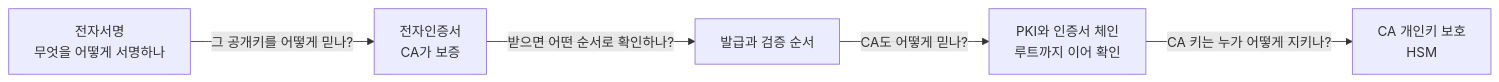
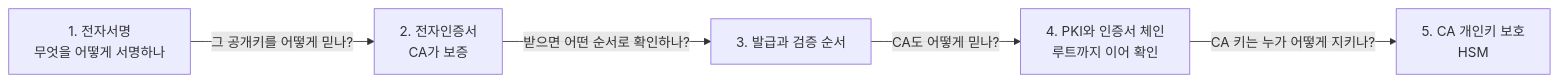
Before and after one commit to ChildrenAon/TIL: the first of 2 diagrams in 2026/November/11-03.md, drawn with Mermaid. The commit also changed other lines of this file and 7 other files, not shown here.

````diff
--- a/2026/November/11-03.md
+++ b/2026/November/11-03.md
@@ -5,7 +7,7 @@
 ```mermaid
 flowchart LR
-  A["전자서명<br/>무엇을 어떻게 서명하나"] -->|"그 공개키를 어떻게 믿나?"| B["전자인증서<br/>CA가 보증"]
-  B -->|"받으면 어떤 순서로 확인하나?"| C["발급과 검증 순서"]
-  C -->|"CA도 어떻게 믿나?"| D["PKI와 인증서 체인<br/>루트까지 이어 확인"]
-  D -->|"CA 키는 누가 어떻게 지키나?"| E["CA 개인키 보호<br/>HSM"]
+  A["1. 전자서명<br/>무엇을 어떻게 서명하나"] -->|"그 공개키를 어떻게 믿나?"| B["2. 전자인증서<br/>CA가 보증"]
+  B -->|"받으면 어떤 순서로 확인하나?"| C["3. 발급과 검증 순서"]
+  C -->|"CA도 어떻게 믿나?"| D["4. PKI와 인증서 체인<br/>루트까지 이어 확인"]
+  D -->|"CA 키는 누가 어떻게 지키나?"| E["5. CA 개인키 보호<br/>HSM"]
 ```
````
